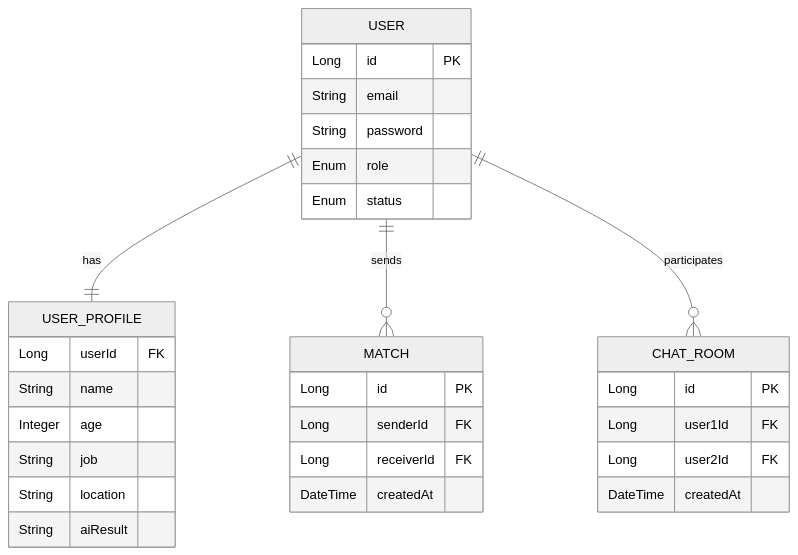
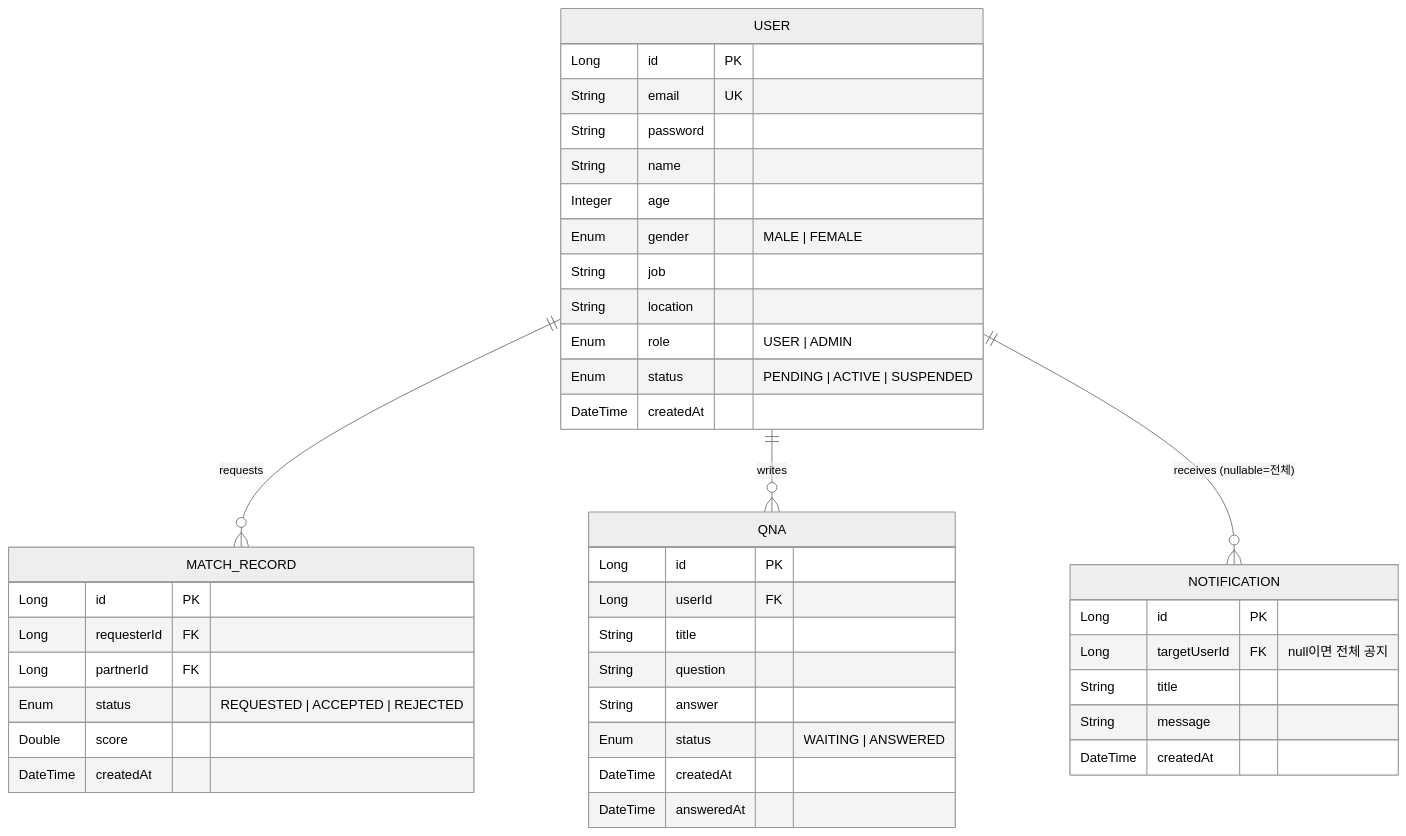
One commit to hello-pebble/MatchSimulation changed the second of 3 diagrams in docs/architecture.md. Above: the diagram before and after it, drawn with Mermaid (neutral theme). The commit also changed other lines of this file and 66 other files, not shown here.

````diff
--- a/docs/architecture.md
+++ b/docs/architecture.md
@@ -104,37 +152,45 @@
 ```mermaid
 erDiagram
-    USER ||--|| USER_PROFILE : "has"
-    USER ||--o{ MATCH : "sends"
-    USER ||--o{ CHAT_ROOM : "participates"
-    
+    USER ||--o{ MATCH_RECORD : "requests"
+    USER ||--o{ QNA : "writes"
+    USER ||--o{ NOTIFICATION : "receives (nullable=전체)"
+
     USER {
         Long id PK
-        String email
+        String email UK
         String password
-        Enum role
-        Enum status
-    }
-    
-    USER_PROFILE {
-        Long userId FK
         String name
         Integer age
+        Enum gender "MALE | FEMALE"
         String job
         String location
-        String aiResult
-    }
-    
-    MATCH {
-        Long id PK
-        Long senderId FK
-        Long receiverId FK
+        Enum role "USER | ADMIN"
+        Enum status "PENDING | ACTIVE | SUSPENDED"
         DateTime createdAt
     }
-    
-    CHAT_ROOM {
+    MATCH_RECORD {
         Long id PK
-        Long user1Id FK
-        Long user2Id FK
+        Long requesterId FK
+        Long partnerId FK
+        Enum status "REQUESTED | ACCEPTED | REJECTED"
+        Double score
+        DateTime createdAt
+    }
+    QNA {
+        Long id PK
+        Long userId FK
+        String title
+        String question
+        String answer
+        Enum status "WAITING | ANSWERED"
+        DateTime createdAt
+        DateTime answeredAt
+    }
+    NOTIFICATION {
+        Long id PK
+        Long targetUserId FK "null이면 전체 공지"
+        String title
+        String message
         DateTime createdAt
     }
 ```
````
